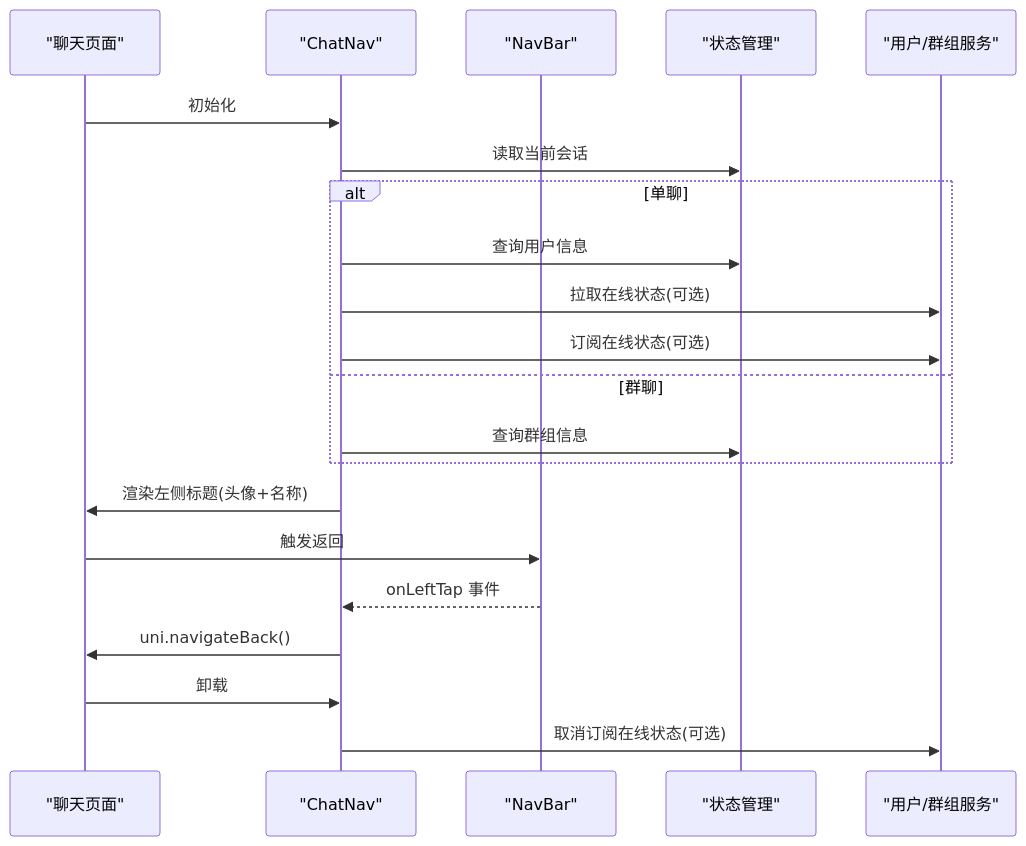
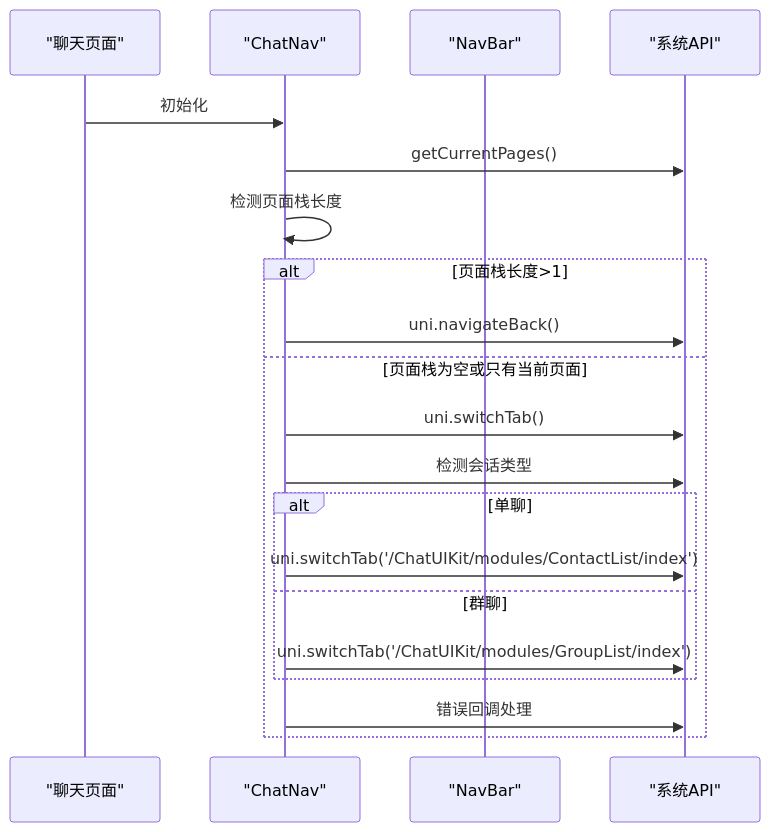
Before and after one commit to Easemob-Community/easemob-uikit-uniapp-community: the third of 7 diagrams in .qoder/repowiki/zh/content/聊天模块/聊天导航组件.md, drawn with Mermaid. The commit also changed other lines of this file and 11 other files, not shown here.

````diff
--- a/.qoder/repowiki/zh/content/聊天模块/聊天导航组件.md
+++ b/.qoder/repowiki/zh/content/聊天模块/聊天导航组件.md
@@ -174,23 +130,22 @@
 ```mermaid
 sequenceDiagram
 participant Page as "聊天页面"
 participant ChatNav as "ChatNav"
 participant NavBar as "NavBar"
-participant Stores as "状态管理"
-participant SDK as "用户/群组服务"
+participant System as "系统API"
 Page->>ChatNav : 初始化
-ChatNav->>Stores : 读取当前会话
+ChatNav->>System : getCurrentPages()
+ChatNav->>ChatNav : 检测页面栈长度
+alt 页面栈长度>1
+ChatNav->>System : uni.navigateBack()
+else 页面栈为空或只有当前页面
+ChatNav->>System : uni.switchTab()
+ChatNav->>System : 检测会话类型
 alt 单聊
-ChatNav->>Stores : 查询用户信息
-ChatNav->>SDK : 拉取在线状态(可选)
-ChatNav->>SDK : 订阅在线状态(可选)
+ChatNav->>System : uni.switchTab('/ChatUIKit/modules/ContactList/index')
 else 群聊
-ChatNav->>Stores : 查询群组信息
+ChatNav->>System : uni.switchTab('/ChatUIKit/modules/GroupList/index')
 end
-ChatNav->>Page : 渲染左侧标题(头像+名称)
-Page->>NavBar : 触发返回
-NavBar-->>ChatNav : onLeftTap 事件
-ChatNav->>Page : uni.navigateBack()
-Page->>ChatNav : 卸载
-ChatNav->>SDK : 取消订阅在线状态(可选)
+ChatNav->>System : 错误回调处理
+end
 ```
````
